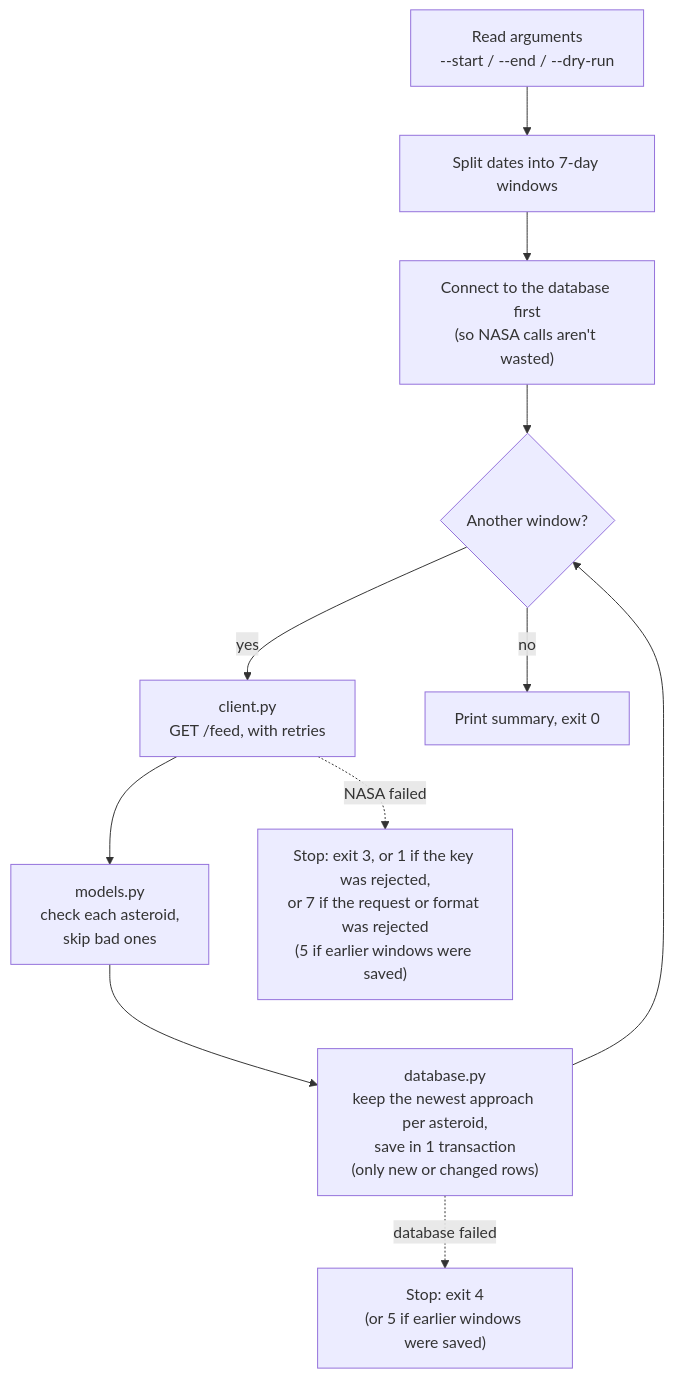
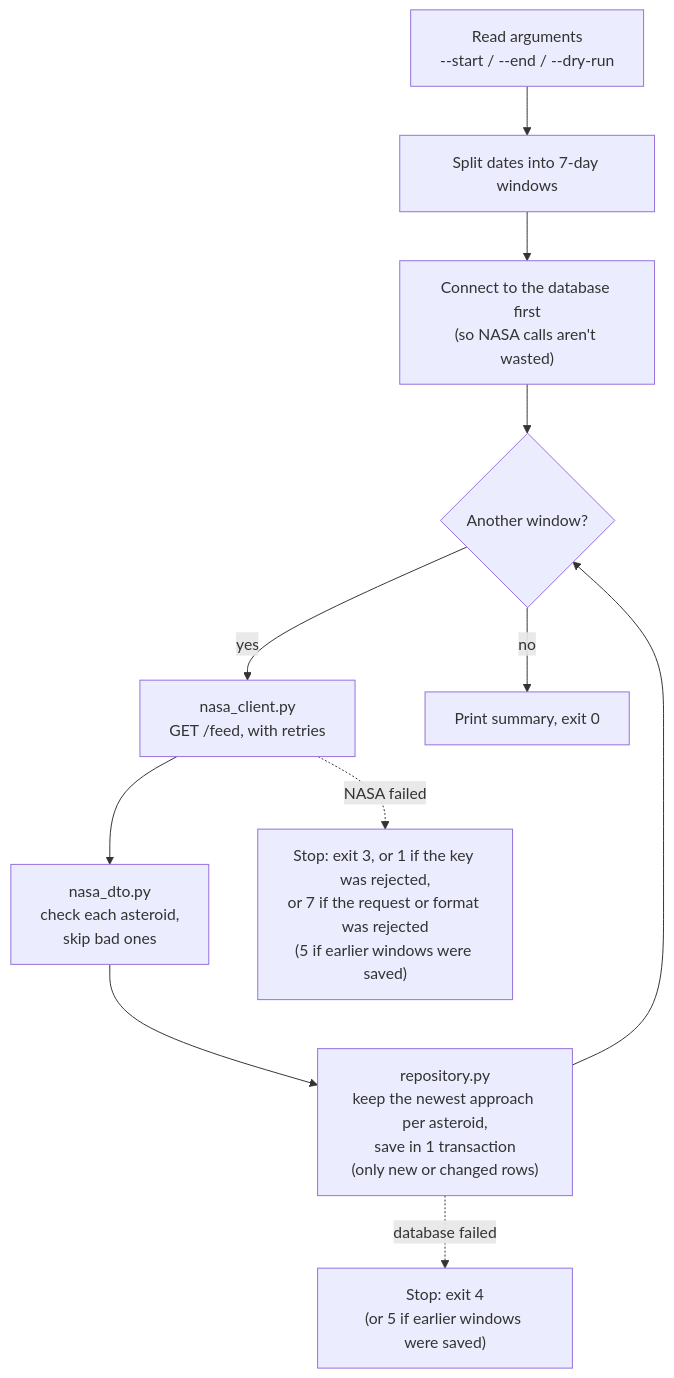
The second of 5 diagrams in docs/ARCHITECTURE.md (ksbn/neo-project), drawn with Mermaid before and after one commit. The commit also changed other lines of this file and 70 other files, not shown here.

````diff
--- a/docs/ARCHITECTURE.md
+++ b/docs/ARCHITECTURE.md
@@ -50,13 +50,13 @@
 ```mermaid
 flowchart TD
     A["Read arguments<br/>--start / --end / --dry-run"] --> B["Split dates into 7-day windows"]
     B --> C["Connect to the database first<br/>(so NASA calls aren't wasted)"]
     C --> D{"Another window?"}
-    D -->|yes| E["client.py<br/>GET /feed, with retries"]
-    E --> F["models.py<br/>check each asteroid,<br/>skip bad ones"]
-    F --> G["database.py<br/>keep the newest approach per asteroid,<br/>save in 1 transaction<br/>(only new or changed rows)"]
+    D -->|yes| E["nasa_client.py<br/>GET /feed, with retries"]
+    E --> F["nasa_dto.py<br/>check each asteroid,<br/>skip bad ones"]
+    F --> G["repository.py<br/>keep the newest approach per asteroid,<br/>save in 1 transaction<br/>(only new or changed rows)"]
     G --> D
     D -->|no| H["Print summary, exit 0"]
     E -.->|"NASA failed"| X["Stop: exit 3, or 1 if the key was rejected,<br/>or 7 if the request or format was rejected<br/>(5 if earlier windows were saved)"]
     G -.->|"database failed"| Y["Stop: exit 4<br/>(or 5 if earlier windows were saved)"]
 ```
````
